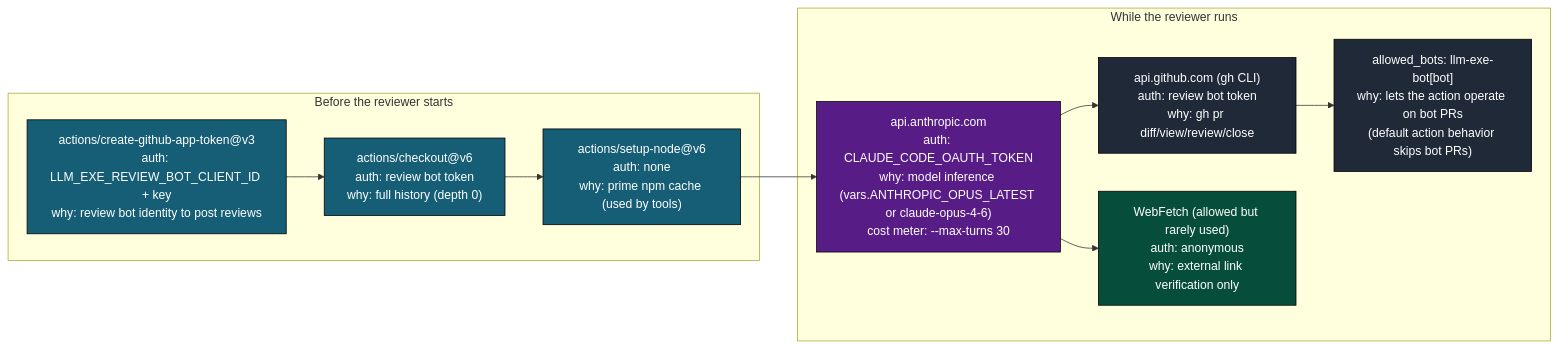
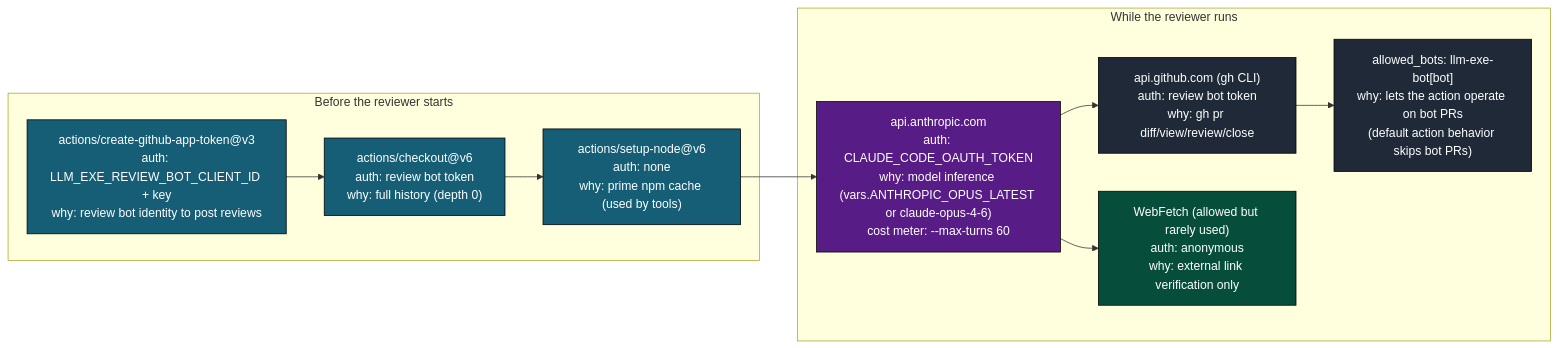
Before and after one commit to llm-exe/llm-exe: the seventh of 12 diagrams in .github/docs/AGENT_REVIEW_PR_DEEP_DIVE.md, drawn with Mermaid. The commit also changed other lines of this file and 3 other files, not shown here.

````diff
--- a/.github/docs/AGENT_REVIEW_PR_DEEP_DIVE.md
+++ b/.github/docs/AGENT_REVIEW_PR_DEEP_DIVE.md
@@ -358,27 +358,27 @@
 ```mermaid
 flowchart LR
     classDef pre fill:#155e75,color:#fff,stroke:#000
     classDef llm fill:#581c87,color:#fff,stroke:#000
     classDef gh fill:#1f2937,color:#fff,stroke:#000
     classDef web fill:#064e3b,color:#fff,stroke:#000
 
     subgraph Pre["Before the reviewer starts"]
         c1["actions/create-github-app-token@v3\nauth: LLM_EXE_REVIEW_BOT_CLIENT_ID + key\nwhy: review bot identity to post reviews"]:::pre
         c2["actions/checkout@v6\nauth: review bot token\nwhy: full history (depth 0)"]:::pre
         c3["actions/setup-node@v6\nauth: none\nwhy: prime npm cache (used by tools)"]:::pre
     end
 
     subgraph During["While the reviewer runs"]
-        d1["api.anthropic.com\nauth: CLAUDE_CODE_OAUTH_TOKEN\nwhy: model inference (vars.ANTHROPIC_OPUS_LATEST or claude-opus-4-6)\ncost meter: --max-turns 30"]:::llm
+        d1["api.anthropic.com\nauth: CLAUDE_CODE_OAUTH_TOKEN\nwhy: model inference (vars.ANTHROPIC_OPUS_LATEST or claude-opus-4-6)\ncost meter: --max-turns 60"]:::llm
         d2["api.github.com (gh CLI)\nauth: review bot token\nwhy: gh pr diff/view/review/close"]:::gh
         d3["allowed_bots: llm-exe-bot[bot]\nwhy: lets the action operate on bot PRs\n(default action behavior skips bot PRs)"]:::gh
         d4["WebFetch (allowed but rarely used)\nauth: anonymous\nwhy: external link verification only"]:::web
     end
 
     c1 --> c2
     c2 --> c3
     c3 --> d1
     d1 --> d2
     d2 --> d3
     d1 --> d4
 ```
````
